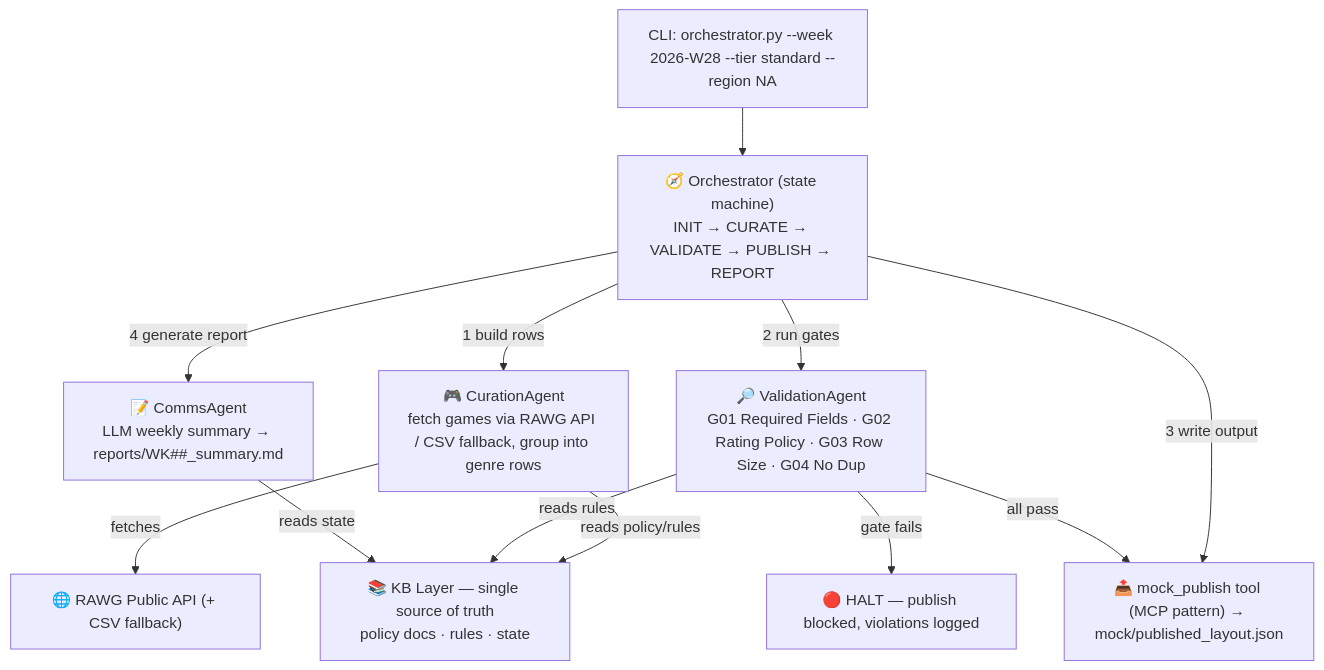
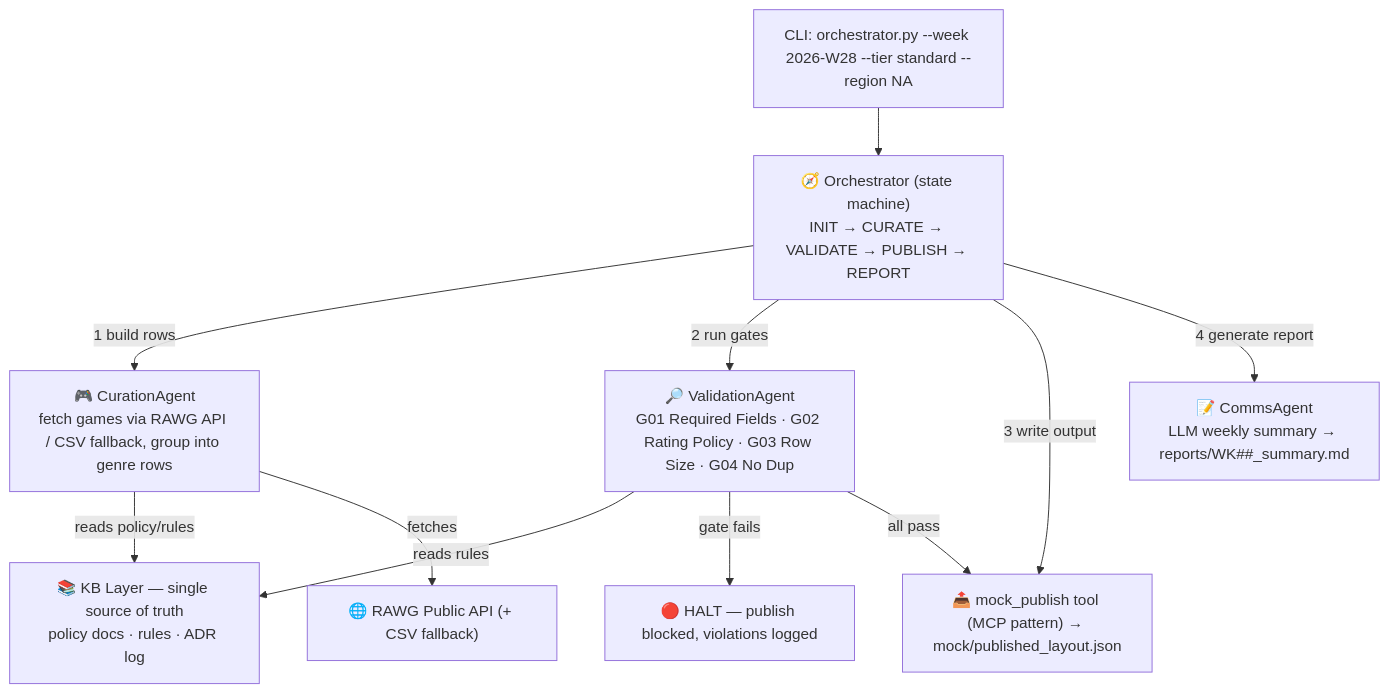
The diagram in README.md (bobbyleeresume/multi-agent-content-ops), drawn with Mermaid before and after one commit. The commit also changed other lines of this file and 6 other files, not shown here.

````diff
--- a/README.md
+++ b/README.md
@@ -28,22 +28,21 @@
 ```mermaid
 flowchart TD
     CLI["CLI: orchestrator.py --week 2026-W28 --tier standard --region NA"]
     O["🧭 Orchestrator (state machine)<br/>INIT → CURATE → VALIDATE → PUBLISH → REPORT"]
     CA["🎮 CurationAgent<br/>fetch games via RAWG API / CSV fallback, group into genre rows"]
     VA["🔎 ValidationAgent<br/>G01 Required Fields · G02 Rating Policy · G03 Row Size · G04 No Dup"]
     CM["📝 CommsAgent<br/>LLM weekly summary → reports/WK##_summary.md"]
     MP["📤 mock_publish tool (MCP pattern) → mock/published_layout.json"]
-    KB["📚 KB Layer — single source of truth<br/>policy docs · rules · state"]
+    KB["📚 KB Layer — single source of truth<br/>policy docs · rules · ADR log"]
 
     CLI --> O
     O -->|1 build rows| CA
     O -->|2 run gates| VA
     O -->|3 write output| MP
     O -->|4 generate report| CM
     CA -->|reads policy/rules| KB
     VA -->|reads rules| KB
-    CM -->|reads state| KB
     CA -->|fetches| RAWG["🌐 RAWG Public API (+ CSV fallback)"]
     VA -->|gate fails| HALT["🔴 HALT — publish blocked, violations logged"]
     VA -->|all pass| MP
 ```
````
